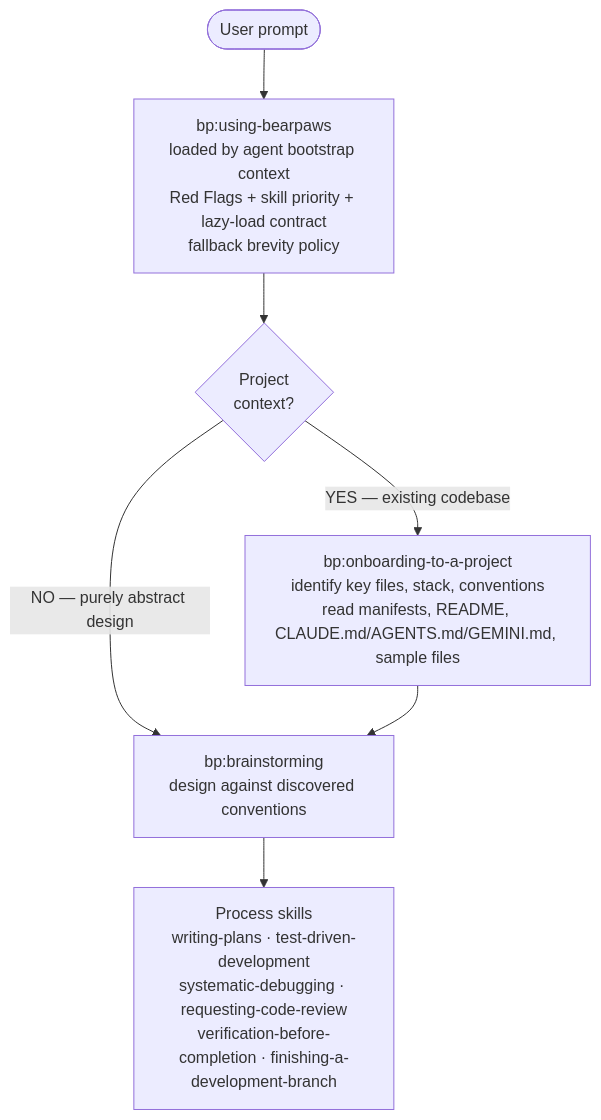
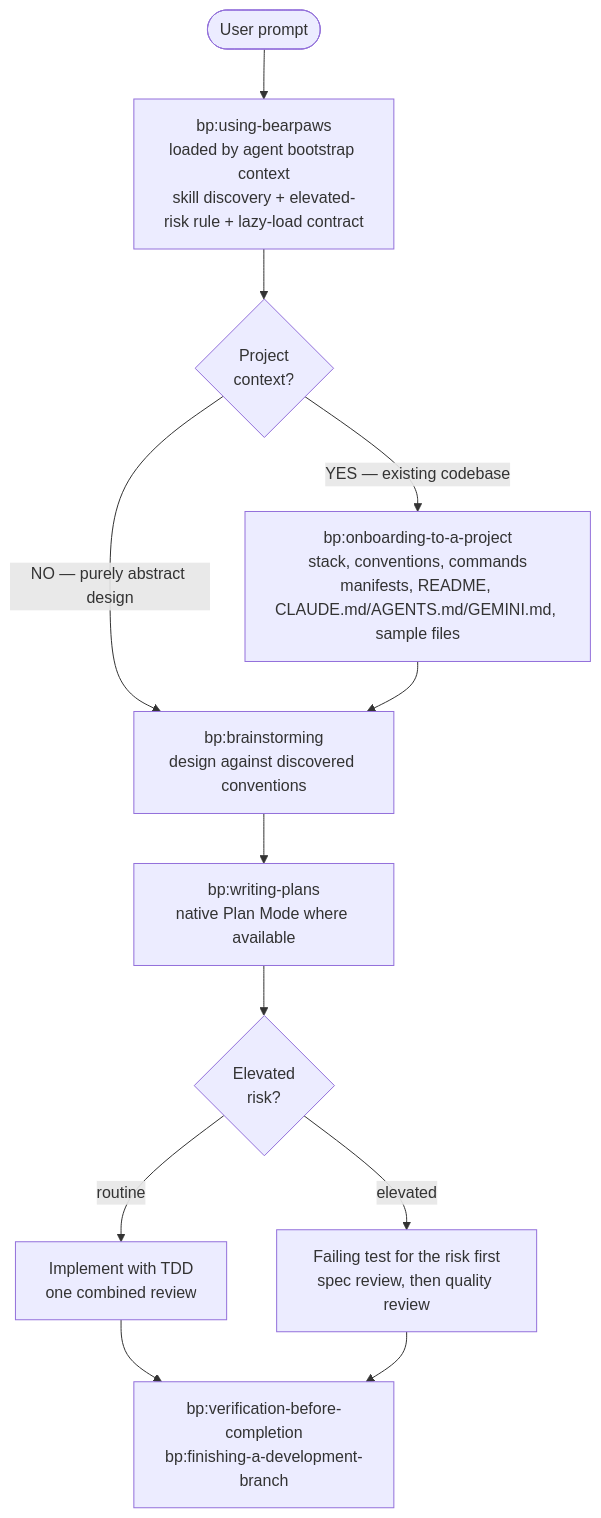
One commit to brandonfla/bearpaws changed the diagram in README.md. Above: the diagram before and after it, drawn with Mermaid. The commit also changed other lines of this file, not shown here.

````diff
--- a/README.md
+++ b/README.md
@@ -13,9 +45,14 @@
 ```mermaid
 flowchart TD
-    Start([User prompt]) --> Bootstrap[bp:using-bearpaws<br/>loaded by agent bootstrap context<br/>Red Flags + skill priority + lazy-load contract<br/>fallback brevity policy]
+    Start([User prompt]) --> Bootstrap[bp:using-bearpaws<br/>loaded by agent bootstrap context<br/>skill discovery + elevated-risk rule + lazy-load contract]
     Bootstrap --> Check{Project<br/>context?}
-    Check -->|YES &mdash; existing codebase| Onboard[bp:onboarding-to-a-project<br/>identify key files, stack, conventions<br/>read manifests, README, CLAUDE.md/AGENTS.md/GEMINI.md, sample files]
+    Check -->|YES &mdash; existing codebase| Onboard[bp:onboarding-to-a-project<br/>stack, conventions, commands<br/>manifests, README, CLAUDE.md/AGENTS.md/GEMINI.md, sample files]
     Check -->|NO &mdash; purely abstract design| Brainstorm
     Onboard --> Brainstorm[bp:brainstorming<br/>design against discovered conventions]
-    Brainstorm --> Process[Process skills<br/>writing-plans &middot; test-driven-development<br/>systematic-debugging &middot; requesting-code-review<br/>verification-before-completion &middot; finishing-a-development-branch]
+    Brainstorm --> Plan[bp:writing-plans<br/>native Plan Mode where available]
+    Plan --> Risk{Elevated<br/>risk?}
+    Risk -->|routine| Light[Implement with TDD<br/>one combined review]
+    Risk -->|elevated| Strong[Failing test for the risk first<br/>spec review, then quality review]
+    Light --> Verify[bp:verification-before-completion<br/>bp:finishing-a-development-branch]
+    Strong --> Verify
 ```
````
